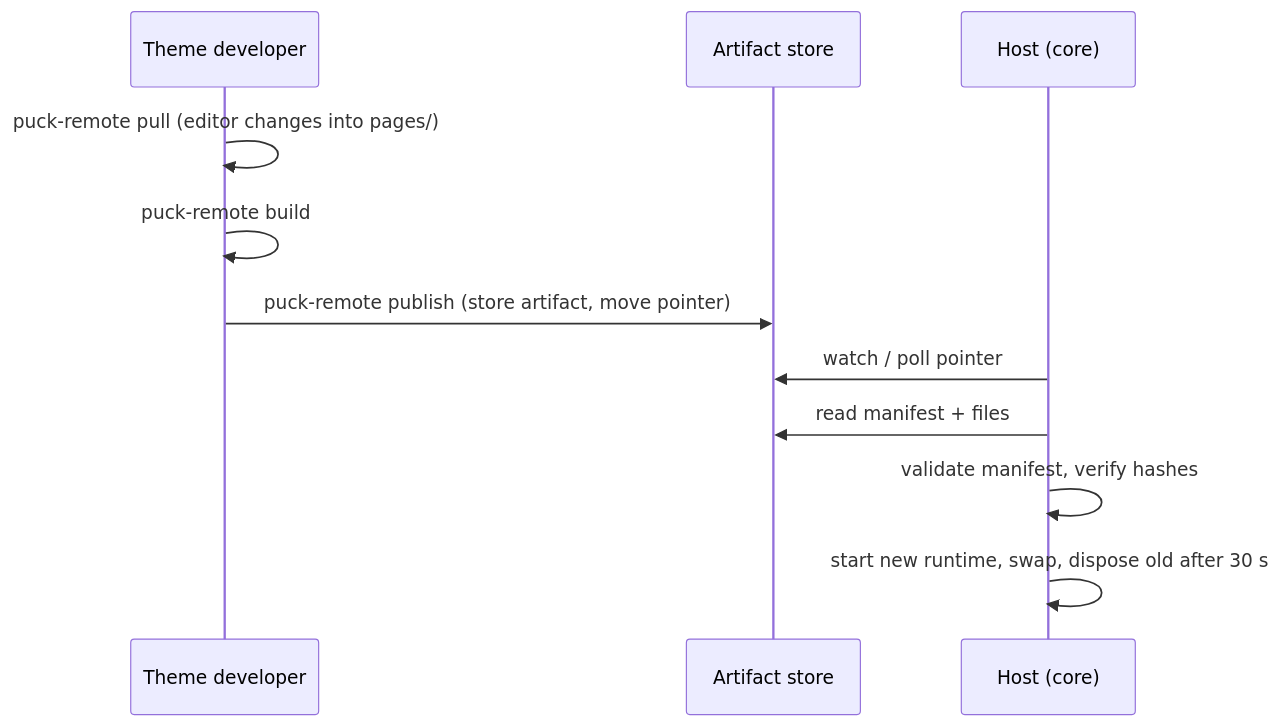
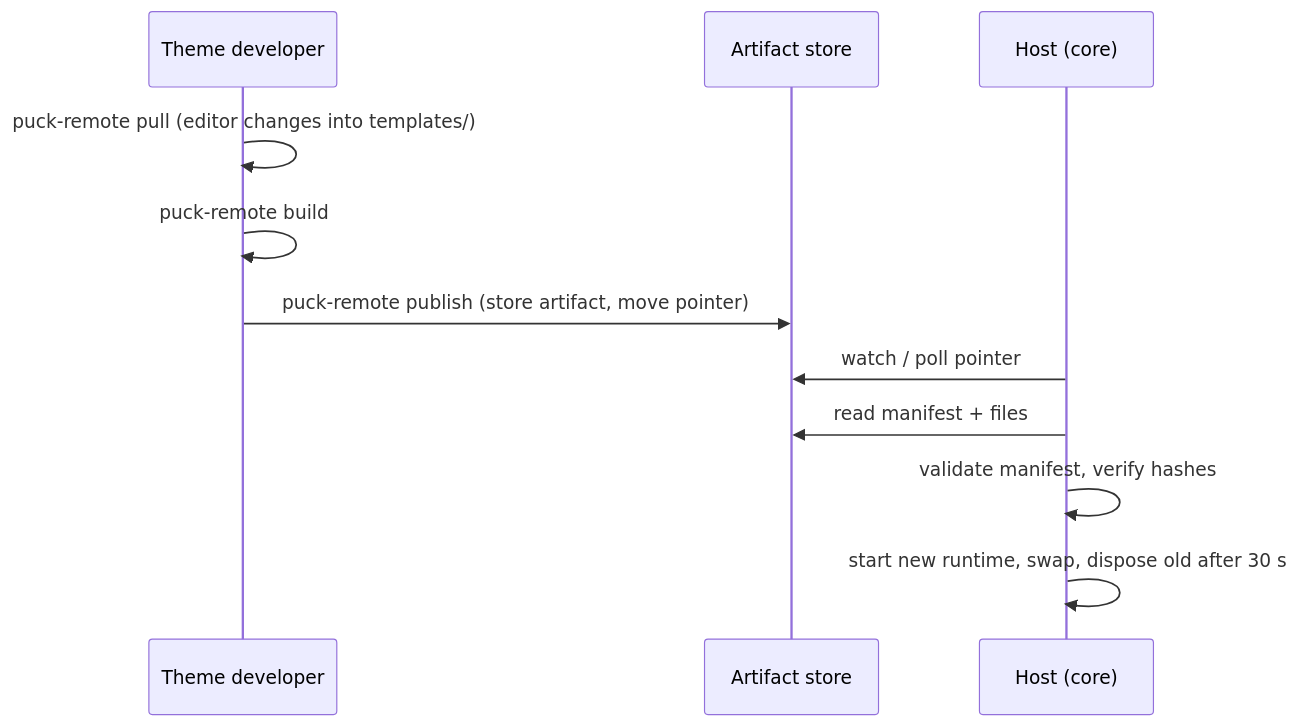
One commit to 0ctanium/puckremote changed the diagram in apps/docs/content/docs/(framework)/concepts/artifacts.mdx. Above: the diagram before and after it, drawn with Mermaid. The commit also changed other lines of this file and 100 other files, not shown here.

First line of the commit message:
Templates instead of pages; app-owned root props

````diff
--- a/apps/docs/content/docs/(framework)/concepts/artifacts.mdx
+++ b/apps/docs/content/docs/(framework)/concepts/artifacts.mdx
@@ -48,13 +49,13 @@
 ```mermaid
 sequenceDiagram
   participant Dev as Theme developer
   participant Store as Artifact store
   participant Host as Host (core)
-  Dev->>Dev: puck-remote pull (editor changes into pages/)
+  Dev->>Dev: puck-remote pull (editor changes into templates/)
   Dev->>Dev: puck-remote build
   Dev->>Store: puck-remote publish (store artifact, move pointer)
   Host->>Store: watch / poll pointer
   Host->>Store: read manifest + files
   Host->>Host: validate manifest, verify hashes
   Host->>Host: start new runtime, swap, dispose old after 30 s
 ```
````
